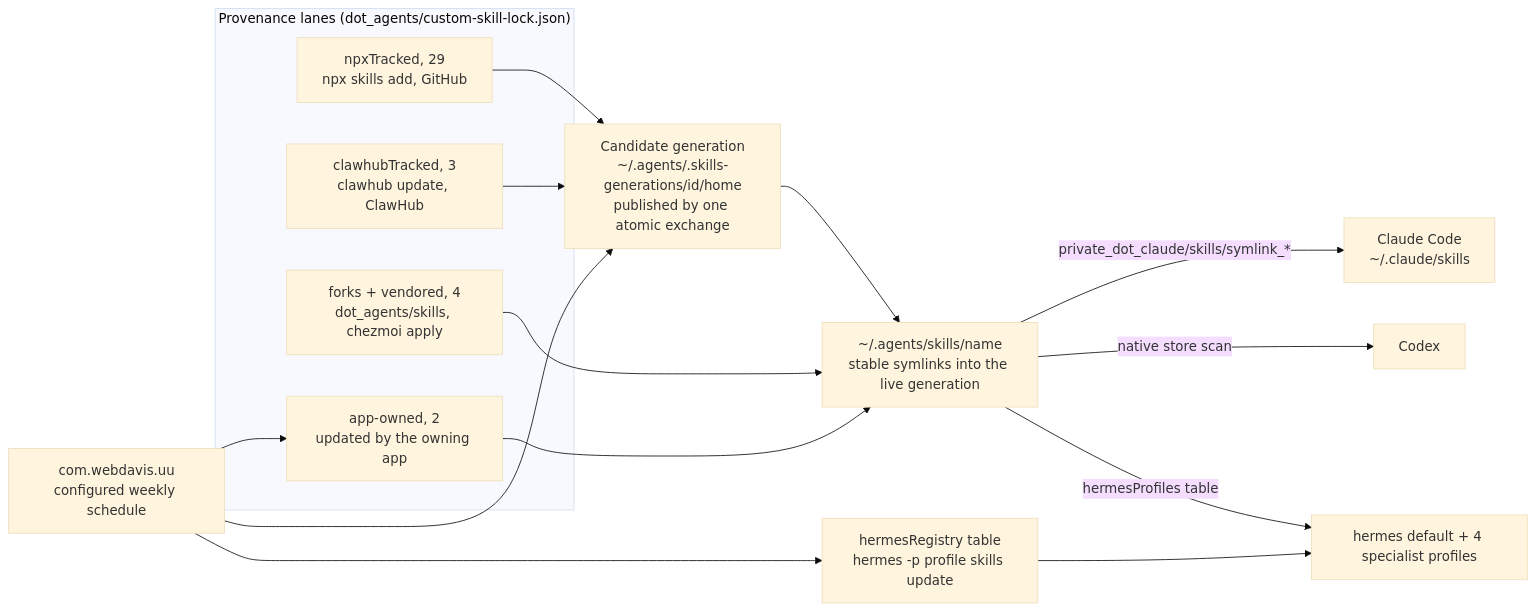
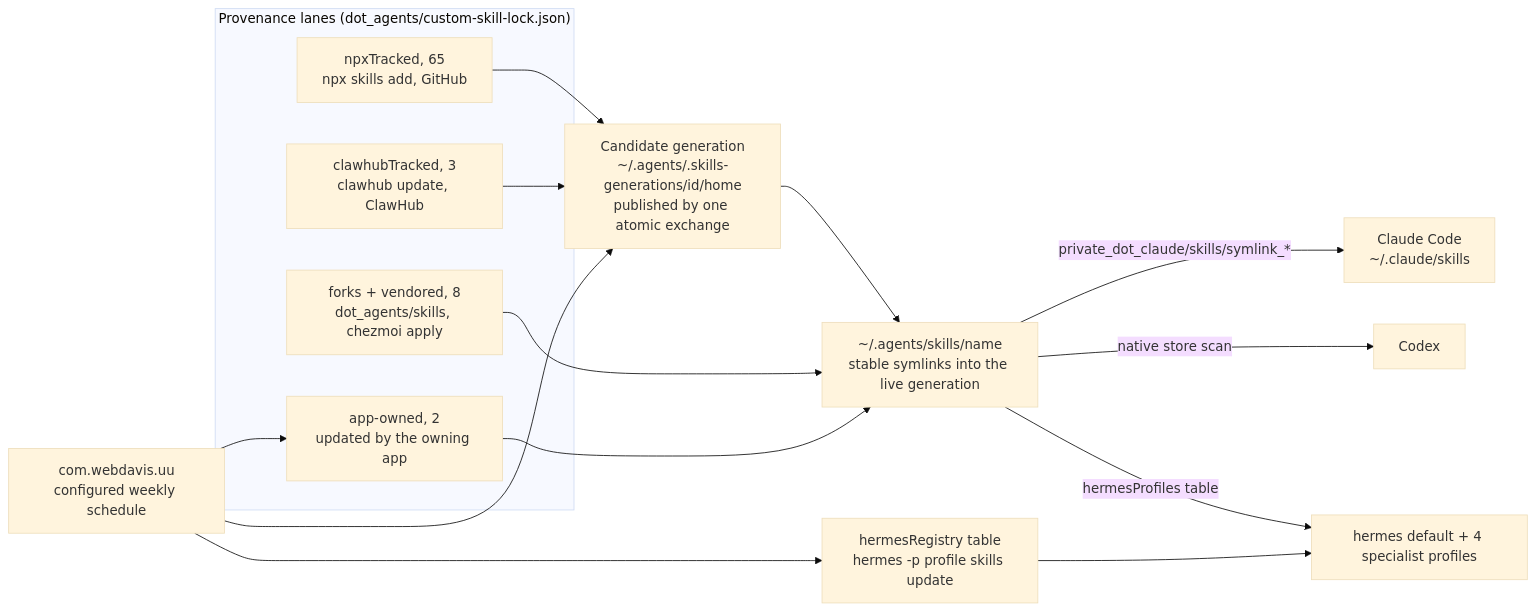
One commit to webdavis/dotfiles changed the diagram in docs/runbooks/agent-skills-store.md. Above: the diagram before and after it, drawn with Mermaid (base theme). The commit also changed other lines of this file and 1 other file, not shown here.

Commit message:
docs(skills): correct the stale roster and lane counts
The header, the npx-tracked heading and two mermaid lane nodes still carried the
counts the vertical started with. Measured against the lock and the source tree:
78 roster skills, 65 npx-tracked, 3 clawhub-tracked, 8 vendored directories
under dot_agents/skills and 2 app-owned entries, which is also the first time
those five numbers add up to the roster again.

````diff
--- a/docs/runbooks/agent-skills-store.md
+++ b/docs/runbooks/agent-skills-store.md
@@ -13,23 +13,23 @@
 ```mermaid
 flowchart LR
   subgraph provenance["Provenance lanes (dot_agents/custom-skill-lock.json)"]
-    NPX["npxTracked, 29<br/>npx skills add, GitHub"]
+    NPX["npxTracked, 65<br/>npx skills add, GitHub"]
     CLAW["clawhubTracked, 3<br/>clawhub update, ClawHub"]
-    VEND["forks + vendored, 4<br/>dot_agents/skills, chezmoi apply"]
+    VEND["forks + vendored, 8<br/>dot_agents/skills, chezmoi apply"]
     APP["app-owned, 2<br/>updated by the owning app"]
   end
   NPX --> GEN
   CLAW --> GEN
   GEN["Candidate generation<br/>~/.agents/.skills-generations/id/home<br/>published by one atomic exchange"]
   GEN --> STORE
   VEND --> STORE
   APP --> STORE
   STORE["~/.agents/skills/name<br/>stable symlinks into the live generation"]
   STORE -->|"private_dot_claude/skills/symlink_*"| CC["Claude Code<br/>~/.claude/skills"]
   STORE -->|"native store scan"| CODEX["Codex"]
   STORE -->|"hermesProfiles table"| HERMES["hermes default + 4 specialist profiles"]
   HUB["hermesRegistry table<br/>hermes -p profile skills update"] --> HERMES
   WEEK["com.webdavis.uu<br/>configured weekly schedule"] --> GEN
   WEEK --> HUB
   WEEK --> APP
 ```
````
